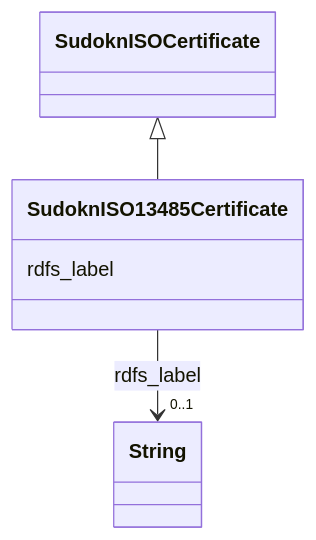
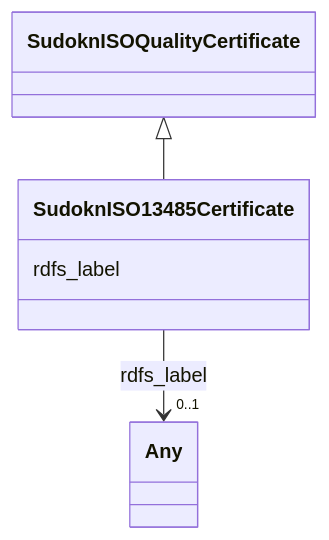
One commit to frink-okn/graph-descriptions changed the diagram in sudokn-kg/classes/SudoknISO13485Certificate.md. Above: the diagram before and after it, drawn with Mermaid. The commit also changed other lines of this file and 903 other files, not shown here.

````diff
--- a/sudokn-kg/classes/SudoknISO13485Certificate.md
+++ b/sudokn-kg/classes/SudoknISO13485Certificate.md
@@ -23,18 +18,18 @@
 ```mermaid
  classDiagram
     class SudoknISO13485Certificate
     click SudoknISO13485Certificate href "../SudoknISO13485Certificate"
-      SudoknISOCertificate <|-- SudoknISO13485Certificate
-        click SudoknISOCertificate href "../SudoknISOCertificate"
+      SudoknISOQualityCertificate <|-- SudoknISO13485Certificate
+        click SudoknISOQualityCertificate href "../SudoknISOQualityCertificate"
       
       SudoknISO13485Certificate : rdfs_label
         
           
     
     
-    SudoknISO13485Certificate --> "0..1" String : rdfs_label
-    click String href "../String"
+    SudoknISO13485Certificate --> "0..1" Any : rdfs_label
+    click Any href "../Any"
 
         
       
 ```
````
